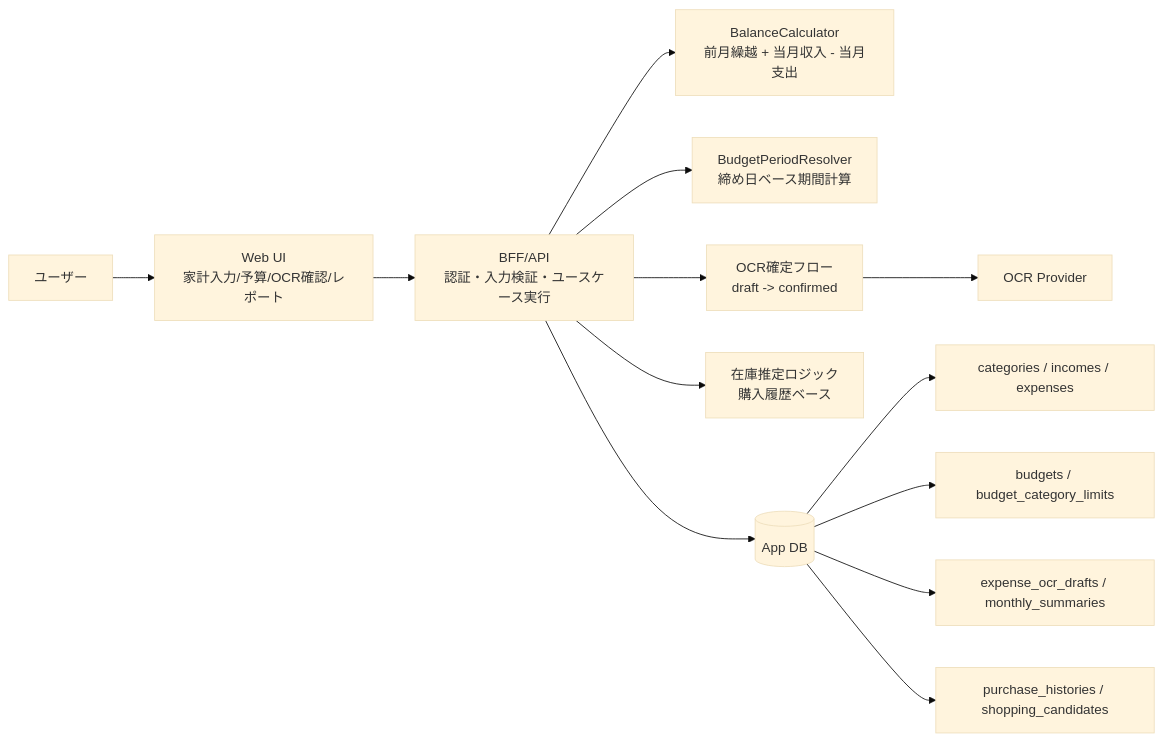
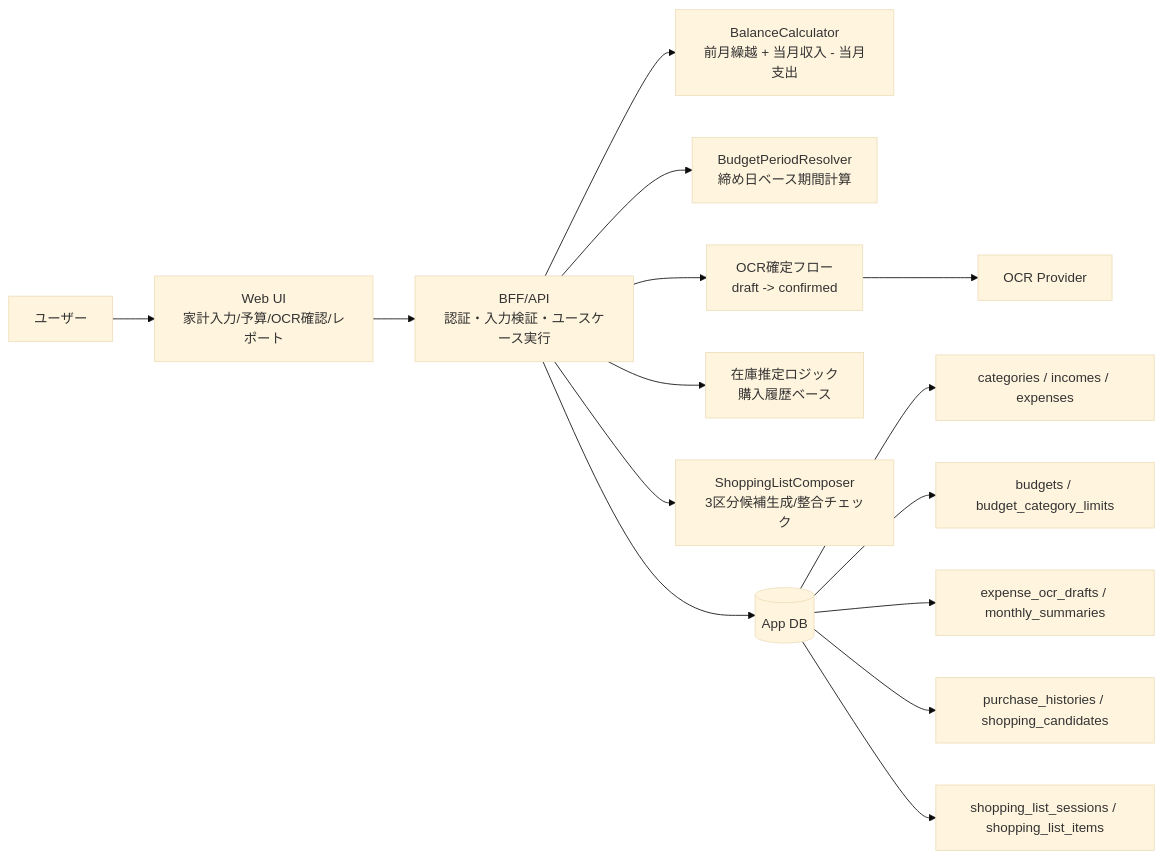
The diagram in docs/ssd/application-architecture-solo-life-support-v1.md (nigoh/stocko), drawn with Mermaid (base theme) before and after one commit. The commit also changed other lines of this file and 3 other files, not shown here.

````diff
--- a/docs/ssd/application-architecture-solo-life-support-v1.md
+++ b/docs/ssd/application-architecture-solo-life-support-v1.md
@@ -15,24 +15,27 @@
 ```mermaid
 flowchart LR
     U[ユーザー] --> FE[Web UI
 家計入力/予算/OCR確認/レポート]
     FE --> API[BFF/API
 認証・入力検証・ユースケース実行]
 
     API --> BC[BalanceCalculator
 前月繰越 + 当月収入 - 当月支出]
     API --> BR[BudgetPeriodResolver
 締め日ベース期間計算]
     API --> OCRFlow[OCR確定フロー
 draft -> confirmed]
     API --> Inv[在庫推定ロジック
 購入履歴ベース]
+    API --> SL[ShoppingListComposer
+3区分候補生成/整合チェック]
 
     OCRFlow --> OCR[OCR Provider]
 
     API --> DB[(App DB)]
     DB --> T1[categories / incomes / expenses]
     DB --> T2[budgets / budget_category_limits]
     DB --> T3[expense_ocr_drafts / monthly_summaries]
     DB --> T4[purchase_histories / shopping_candidates]
+    DB --> T5[shopping_list_sessions / shopping_list_items]
 ```
````
